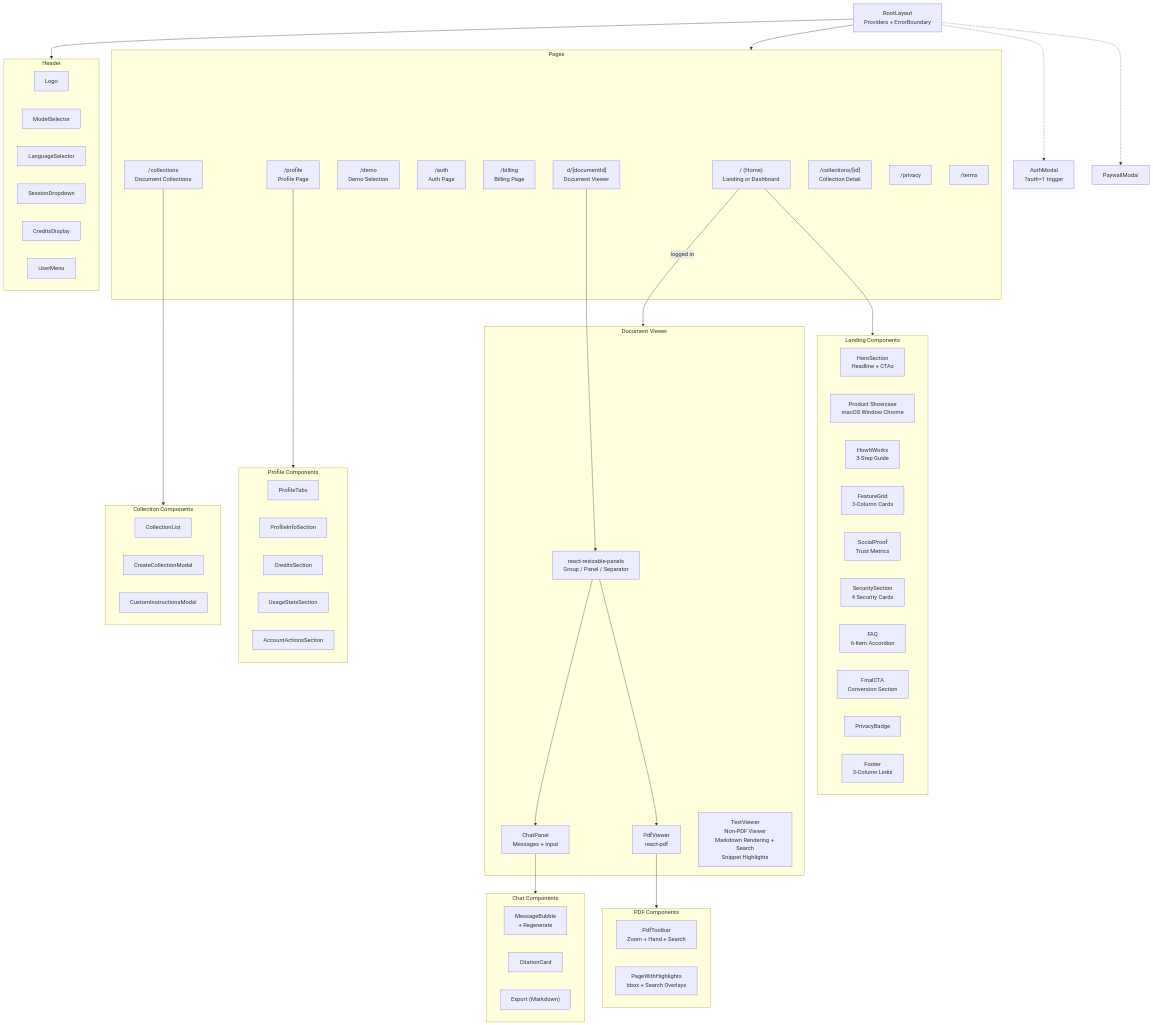
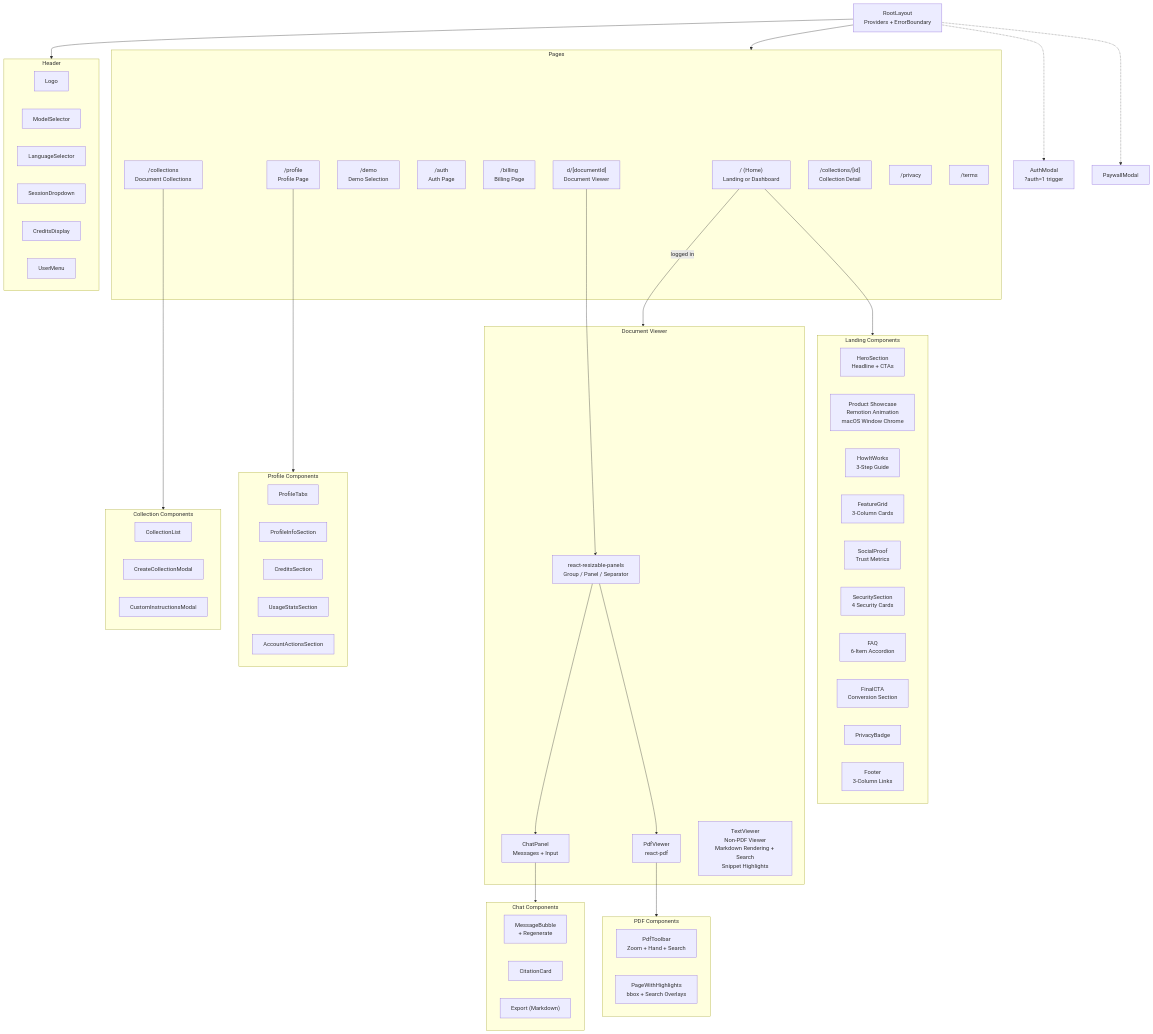
One commit to Rswcf/DocTalk changed the seventh of 8 diagrams in docs/ARCHITECTURE.md. Above: the diagram before and after it, drawn with Mermaid. The commit also changed other lines of this file and 4 other files, not shown here.

First line of the commit message:
docs: update for animated Remotion product showcase

```diff
--- a/docs/ARCHITECTURE.md
+++ b/docs/ARCHITECTURE.md
@@ -513,7 +513,7 @@
 
     subgraph LandingComp["Landing Components"]
         Hero["HeroSection<br/>Headline + CTAs"]
-        Showcase["Product Showcase<br/>macOS Window Chrome"]
+        Showcase["Product Showcase<br/>Remotion Animation<br/>macOS Window Chrome"]
         HowItWorks["HowItWorks<br/>3-Step Guide"]
         Features["FeatureGrid<br/>3-Column Cards"]
         SocialProof["SocialProof<br/>Trust Metrics"]
```
